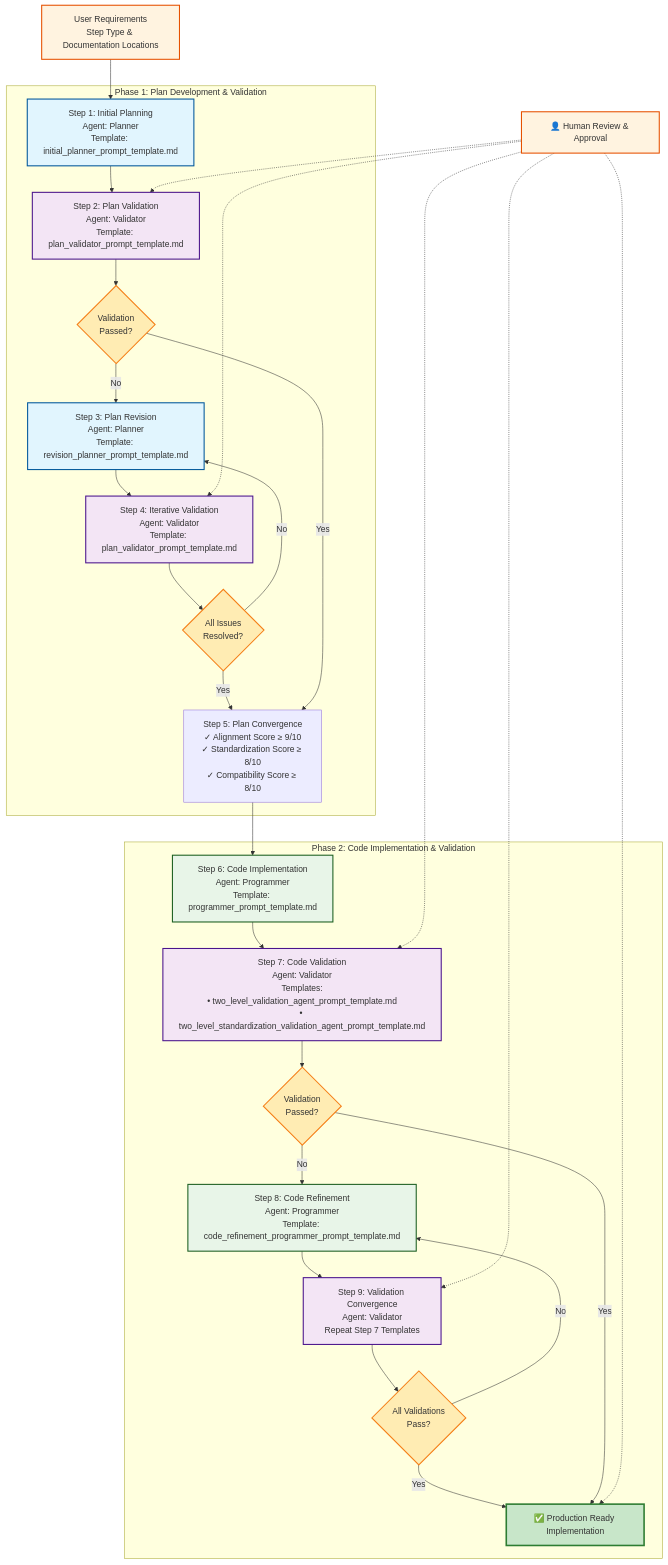
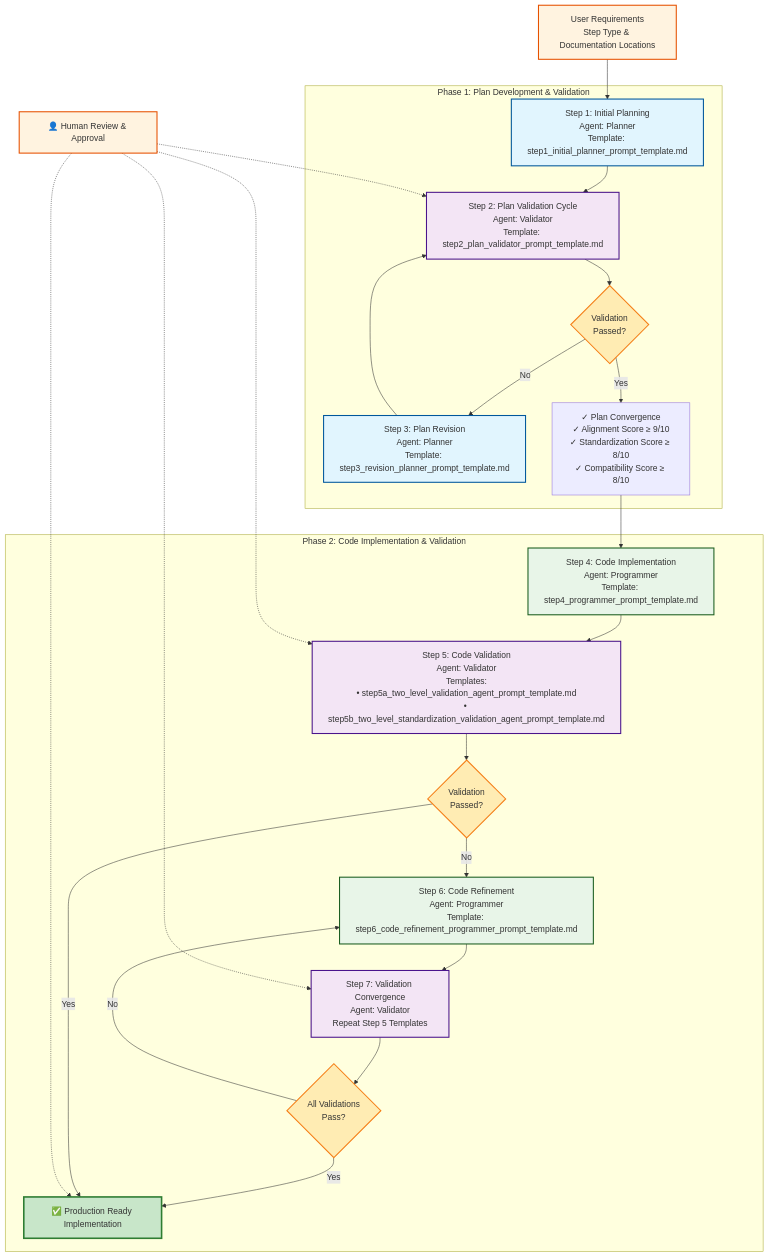
Before and after one commit to TianpeiLuke/cursus: the diagram in slipbox/3_llm_developer/developer_prompt_templates/README.md, drawn with Mermaid. The commit also changed other lines of this file and 8 other files, not shown here.

Commit message:
rename agentic workflow prompt template

````diff
--- a/slipbox/3_llm_developer/developer_prompt_templates/README.md
+++ b/slipbox/3_llm_developer/developer_prompt_templates/README.md
@@ -34,56 +34,52 @@
 ```mermaid
 flowchart TD
     %% User Input
     A[User Requirements<br/>Step Type & Documentation Locations] --> B[Step 1: Initial Planning]
     
     %% Phase 1: Plan Development and Validation
     subgraph Phase1 ["Phase 1: Plan Development & Validation"]
-        B[Step 1: Initial Planning<br/>Agent: Planner<br/>Template: initial_planner_prompt_template.md] --> C[Step 2: Plan Validation<br/>Agent: Validator<br/>Template: plan_validator_prompt_template.md]
+        B[Step 1: Initial Planning<br/>Agent: Planner<br/>Template: step1_initial_planner_prompt_template.md] --> C[Step 2: Plan Validation Cycle<br/>Agent: Validator<br/>Template: step2_plan_validator_prompt_template.md]
         
         C --> D{Validation<br/>Passed?}
-        D -->|No| E[Step 3: Plan Revision<br/>Agent: Planner<br/>Template: revision_planner_prompt_template.md]
-        E --> F[Step 4: Iterative Validation<br/>Agent: Validator<br/>Template: plan_validator_prompt_template.md]
-        F --> G{All Issues<br/>Resolved?}
-        G -->|No| E
-        G -->|Yes| H[Step 5: Plan Convergence<br/>✓ Alignment Score ≥ 9/10<br/>✓ Standardization Score ≥ 8/10<br/>✓ Compatibility Score ≥ 8/10]
-        D -->|Yes| H
+        D -->|No| E[Step 3: Plan Revision<br/>Agent: Planner<br/>Template: step3_revision_planner_prompt_template.md]
+        E --> C
+        D -->|Yes| F[✓ Plan Convergence<br/>✓ Alignment Score ≥ 9/10<br/>✓ Standardization Score ≥ 8/10<br/>✓ Compatibility Score ≥ 8/10]
     end
     
     %% Phase 2: Code Implementation and Validation
     subgraph Phase2 ["Phase 2: Code Implementation & Validation"]
-        H --> I[Step 6: Code Implementation<br/>Agent: Programmer<br/>Template: programmer_prompt_template.md]
+        F --> G[Step 4: Code Implementation<br/>Agent: Programmer<br/>Template: step4_programmer_prompt_template.md]
         
-        I --> J[Step 7: Code Validation<br/>Agent: Validator<br/>Templates:<br/>• two_level_validation_agent_prompt_template.md<br/>• two_level_standardization_validation_agent_prompt_template.md]
+        G --> H[Step 5: Code Validation<br/>Agent: Validator<br/>Templates:<br/>• step5a_two_level_validation_agent_prompt_template.md<br/>• step5b_two_level_standardization_validation_agent_prompt_template.md]
         
-        J --> K{Validation<br/>Passed?}
-        K -->|No| L[Step 8: Code Refinement<br/>Agent: Programmer<br/>Template: code_refinement_programmer_prompt_template.md]
-        L --> M[Step 9: Validation Convergence<br/>Agent: Validator<br/>Repeat Step 7 Templates]
-        M --> N{All Validations<br/>Pass?}
-        N -->|No| L
-        N -->|Yes| O[✅ Production Ready Implementation]
-        K -->|Yes| O
+        H --> I{Validation<br/>Passed?}
+        I -->|No| J[Step 6: Code Refinement<br/>Agent: Programmer<br/>Template: step6_code_refinement_programmer_prompt_template.md]
+        J --> K[Step 7: Validation Convergence<br/>Agent: Validator<br/>Repeat Step 5 Templates]
+        K --> L{All Validations<br/>Pass?}
+        L -->|No| J
+        L -->|Yes| M[✅ Production Ready Implementation]
+        I -->|Yes| M
     end
     
     %% Human-in-the-Loop Integration
-    P[👤 Human Review & Approval] -.-> C
-    P -.-> F
-    P -.-> J
-    P -.-> M
-    P -.-> O
+    N[👤 Human Review & Approval] -.-> C
+    N -.-> H
+    N -.-> K
+    N -.-> M
     
     %% Styling
     classDef plannerAgent fill:#e1f5fe,stroke:#01579b,stroke-width:2px
     classDef validatorAgent fill:#f3e5f5,stroke:#4a148c,stroke-width:2px
     classDef programmerAgent fill:#e8f5e8,stroke:#1b5e20,stroke-width:2px
     classDef userInput fill:#fff3e0,stroke:#e65100,stroke-width:2px
     classDef decision fill:#ffecb3,stroke:#f57f17,stroke-width:2px
     classDef success fill:#c8e6c9,stroke:#2e7d32,stroke-width:3px
     classDef phase fill:#f5f5f5,stroke:#424242,stroke-width:2px,stroke-dasharray: 5 5
     
     class B,E plannerAgent
-    class C,F,J,M validatorAgent
-    class I,L programmerAgent
-    class A,P userInput
-    class D,G,K,N decision
-    class O success
+    class C,H,K validatorAgent
+    class G,J programmerAgent
+    class A,N userInput
+    class D,I,L decision
+    class M success
 ```
````
